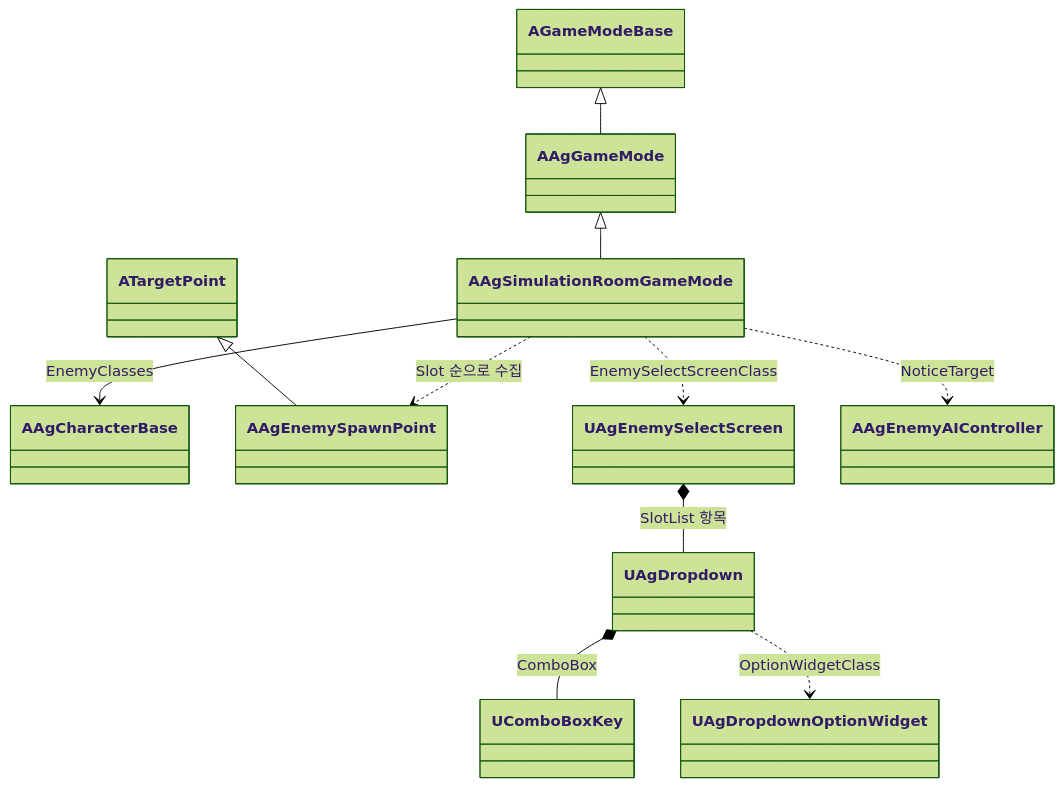
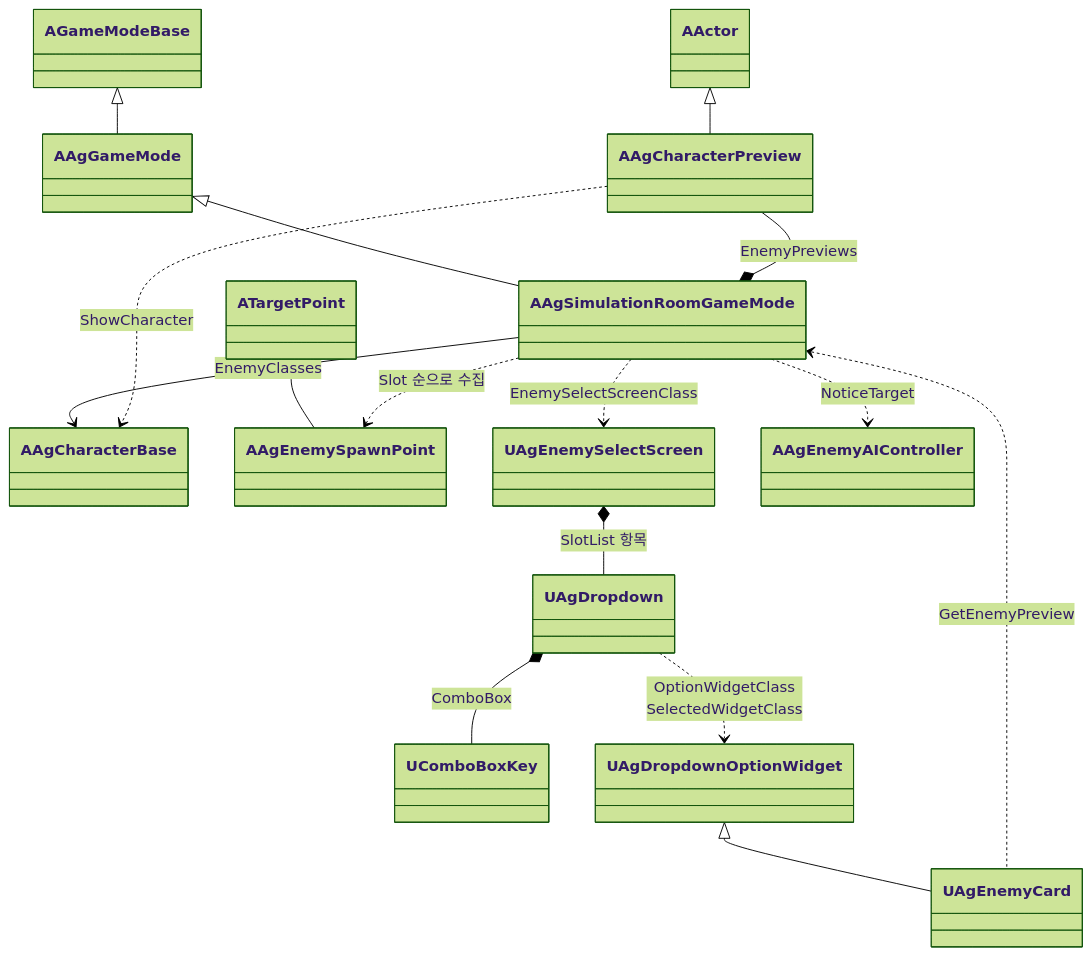
One commit to Woogl/Ag changed the second of 6 diagrams in Docs/Architecture/캐릭터 기반 구조와 GAS.md. Above: the diagram before and after it, drawn with Mermaid (forest theme). The commit also changed other lines of this file and 5 other files, not shown here.

````diff
--- a/Docs/Architecture/캐릭터 기반 구조와 GAS.md
+++ b/Docs/Architecture/캐릭터 기반 구조와 GAS.md
@@ -117,13 +121,18 @@
 ```mermaid
 classDiagram
     AGameModeBase <|-- AAgGameMode
     AAgGameMode <|-- AAgSimulationRoomGameMode
     AAgSimulationRoomGameMode --> AAgCharacterBase : EnemyClasses
     ATargetPoint <|-- AAgEnemySpawnPoint
     AAgSimulationRoomGameMode ..> AAgEnemySpawnPoint : Slot 순으로 수집
     AAgSimulationRoomGameMode ..> UAgEnemySelectScreen : EnemySelectScreenClass
     AAgSimulationRoomGameMode ..> AAgEnemyAIController : NoticeTarget
+    AAgCharacterPreview --* AAgSimulationRoomGameMode : EnemyPreviews
+    AActor <|-- AAgCharacterPreview
+    AAgCharacterPreview ..> AAgCharacterBase : ShowCharacter
     UAgEnemySelectScreen *-- UAgDropdown : SlotList 항목
     UAgDropdown *-- UComboBoxKey : ComboBox
-    UAgDropdown ..> UAgDropdownOptionWidget : OptionWidgetClass
+    UAgDropdown ..> UAgDropdownOptionWidget : OptionWidgetClass<br>SelectedWidgetClass
+    UAgDropdownOptionWidget <|-- UAgEnemyCard
+    AAgSimulationRoomGameMode <.. UAgEnemyCard : GetEnemyPreview
 ```
````
